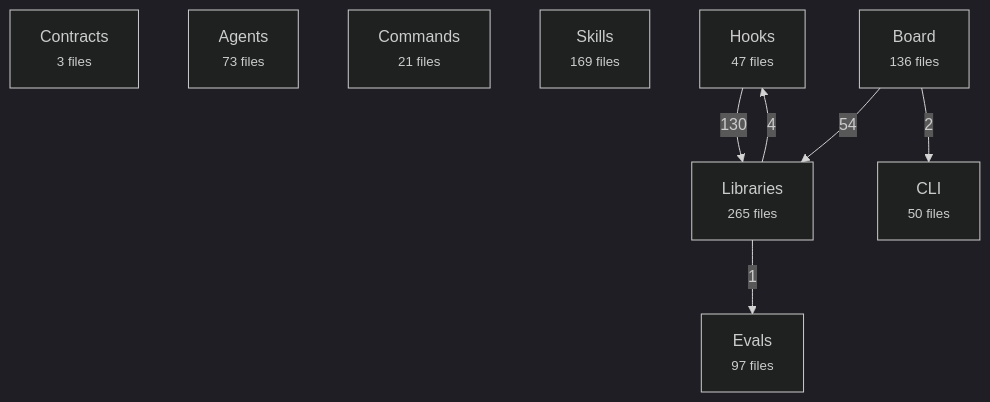
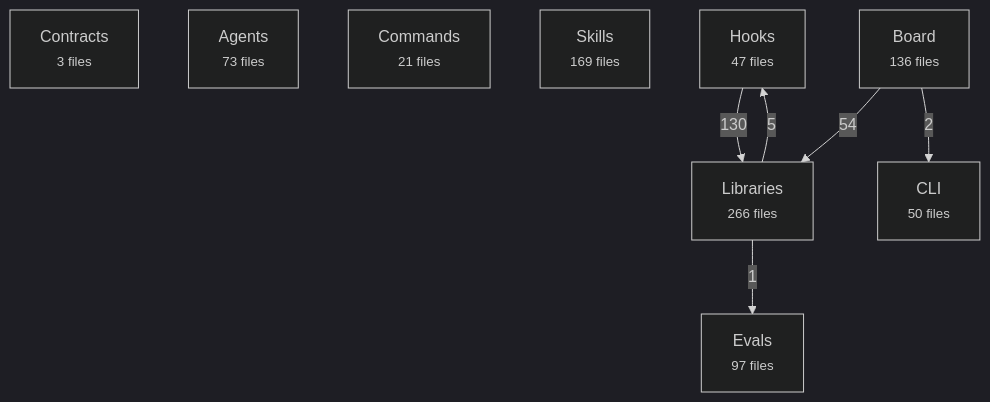
Before and after one commit to avelikiy/great_cto: the first of 2 diagrams in docs/reference/architecture-map.md, drawn with Mermaid (dark theme). The commit also changed other lines of this file and 8 other files, not shown here.

````diff
--- a/docs/reference/architecture-map.md
+++ b/docs/reference/architecture-map.md
@@ -20,17 +20,17 @@
 ```mermaid
 flowchart TD
   contracts["Contracts<br/><small>3 files</small>"]
   agents["Agents<br/><small>73 files</small>"]
   commands["Commands<br/><small>21 files</small>"]
   skills["Skills<br/><small>169 files</small>"]
   hooks["Hooks<br/><small>47 files</small>"]
-  libs["Libraries<br/><small>265 files</small>"]
+  libs["Libraries<br/><small>266 files</small>"]
   board["Board<br/><small>136 files</small>"]
   cli["CLI<br/><small>50 files</small>"]
   evals["Evals<br/><small>97 files</small>"]
   hooks -->|130| libs
   board -->|54| libs
-  libs -->|4| hooks
+  libs -->|5| hooks
   board -->|2| cli
   libs -->|1| evals
 ```
````
